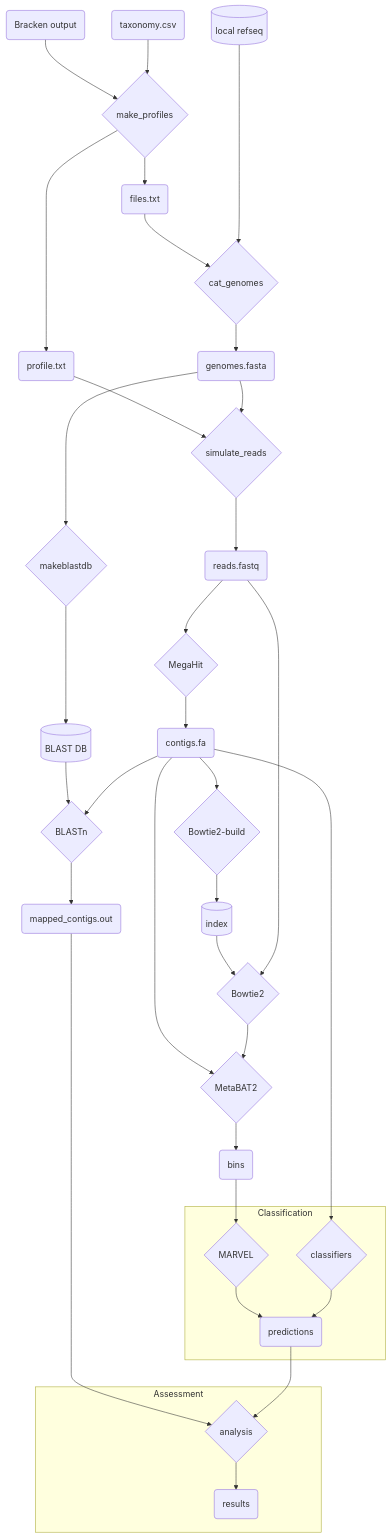
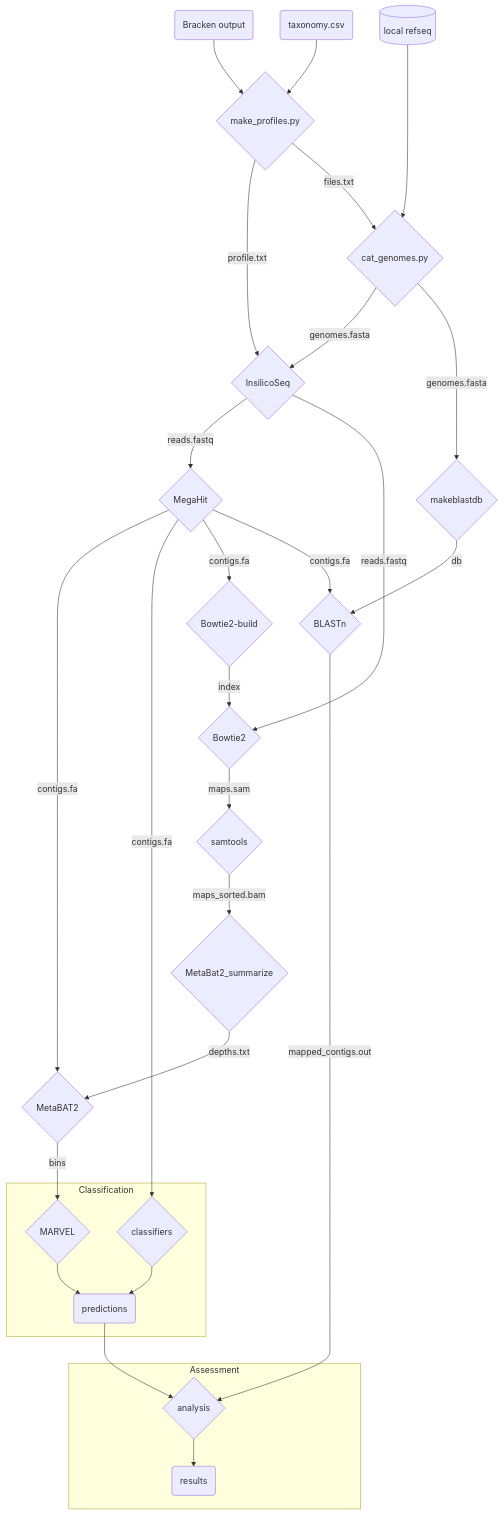
The diagram in src/simulate_metagenomes/README.md (hurwitzlab/phage_detection_benchmarks), drawn with Mermaid before and after one commit. The commit also changed other lines of this file, not shown here.

Commit message:
simplify mermaid DAG

````diff
--- a/src/simulate_metagenomes/README.md
+++ b/src/simulate_metagenomes/README.md
@@ -36,42 +36,33 @@
 ```mermaid
 graph TD
-    input(Bracken output) --> profiler{make_profiles};
+    input(Bracken output) --> profiler{make_profiles.py};
     taxa(taxonomy.csv) --> profiler;
-    profiler --> profile(profile.txt);
-    profiler --> globs(files.txt);
+    profiler -- profile.txt --> iss{InsilicoSeq};
+    profiler -- files.txt --> cat{cat_genomes.py};
     refseq[(local refseq)];
-    cat{cat_genomes};
-    globs --> cat;
-    refseq ----> cat;
-    cat --> genomes(genomes.fasta);
-    iss{simulate_reads};
-    profile --> iss;
-    genomes --> iss;
-    iss --> reads(reads.fastq);
-    reads --> megahit{MegaHit};
-    megahit --> contigs(contigs.fa);
-    contigs --> metabat{MetaBAT2};
-    contigs ----> tools{classifiers}
-    contigs --> bowtiebuild{Bowtie2-build};
-    bowtiebuild --> bowtieindex[(index)];
-    bowtieindex --> bowtie{Bowtie2};
-    reads --> bowtie;
-    bowtie --> metabat;
-    metabat --> bins(bins)
-    genomes --> dbizer{makeblastdb};
-    dbizer ---> db[(BLAST DB)];
-    db --> blast{BLASTn};
-    contigs --> blast;
-    blast --> mappings(mapped_contigs.out);
-    mappings --> assess;
-    bins --> marvel{MARVEL};
+    refseq ---> cat;
+    cat -- genomes.fasta --> iss;
+    cat -- genomes.fasta --> dbizer{makeblastdb};
+    iss -- reads.fastq --> megahit{MegaHit};
+    iss -- reads.fastq --> bowtie;
+    megahit -- contigs.fa --> metabat{MetaBAT2};
+    megahit -- contigs.fa --> tools{classifiers};
+    megahit -- contigs.fa --> bowtiebuild{Bowtie2-build};
+    megahit -- contigs.fa --> blast{BLASTn};
+    bowtiebuild -- index --> bowtie{Bowtie2};
+    bowtie -- maps.sam --> samtools{samtools};
+    samtools -- maps_sorted.bam --> calcdepths{MetaBat2_summarize};
+    calcdepths -- depths.txt --> metabat;
+    metabat -- bins --> marvel{MARVEL};
+    dbizer -- db --> blast{BLASTn};
+    blast -- mapped_contigs.out --> assess;
     subgraph Classification
         marvel --> preds(predictions);
         tools --> preds;
     end
     subgraph Assessment
         preds --> assess{analysis}
         assess --> results(results);
         
     end
 ```
````
